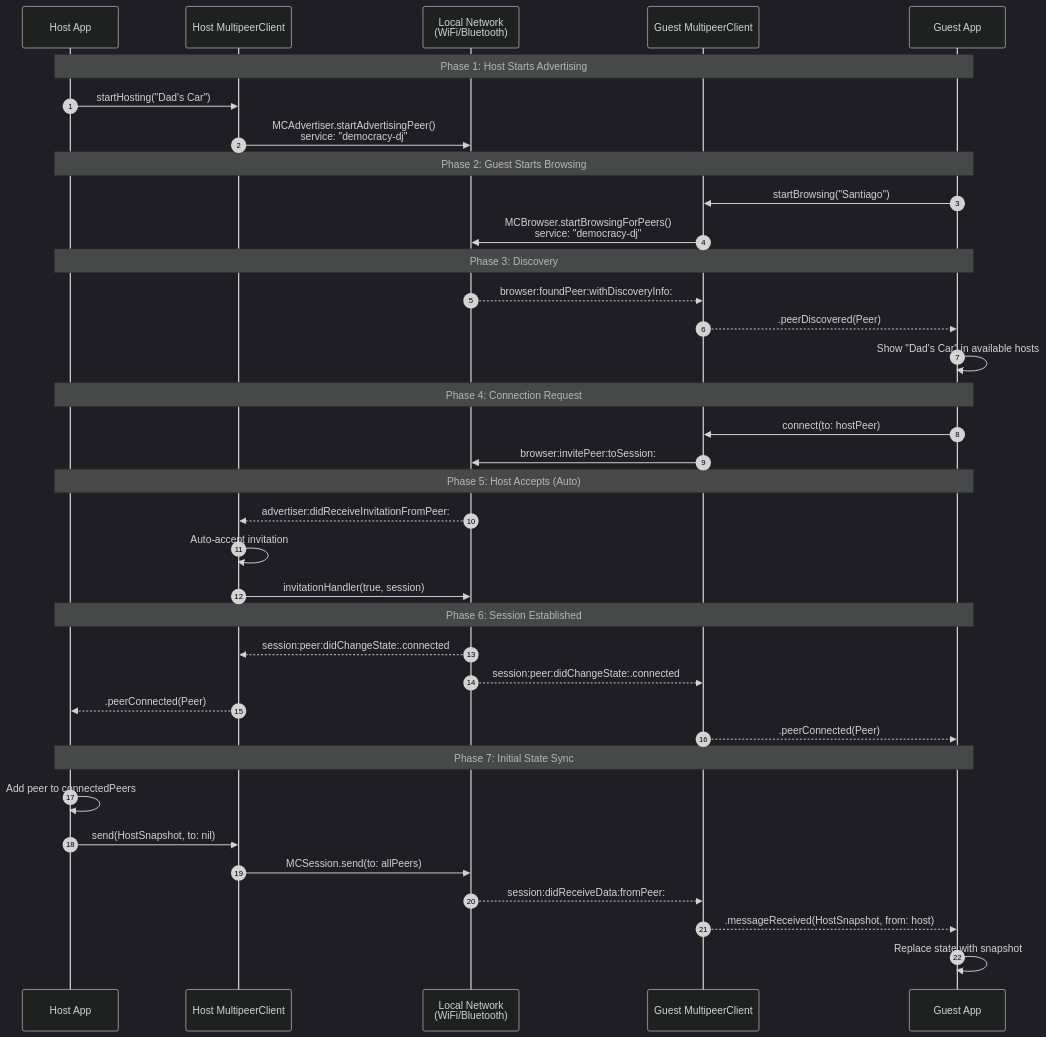
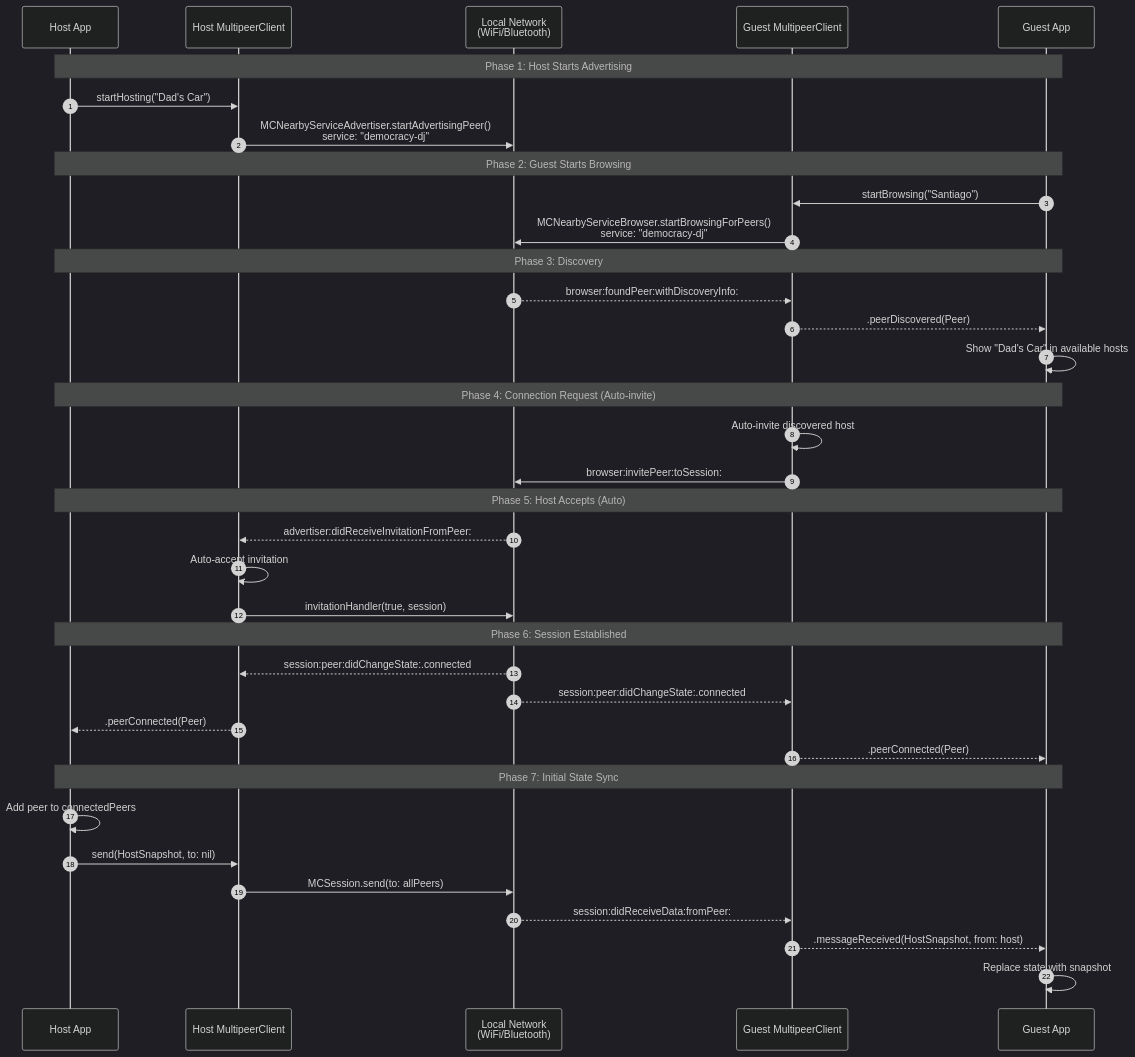
Before and after one commit to JeffESchmitz/DemocracyDJ: the diagram in docs/diagrams/discovery-connection-flow.mmd, drawn with Mermaid (dark theme). The commit also changed 9 other files, not shown here.

Commit message:
docs: update multipeer diagrams

```diff
--- a/docs/diagrams/discovery-connection-flow.mmd
+++ b/docs/diagrams/discovery-connection-flow.mmd
@@ -1,51 +1,51 @@
 sequenceDiagram
     autonumber
     participant HostApp as Host App
     participant HostMC as Host MultipeerClient
     participant Network as Local Network<br/>(WiFi/Bluetooth)
     participant GuestMC as Guest MultipeerClient
     participant GuestApp as Guest App
 
     Note over HostApp,GuestApp: Phase 1: Host Starts Advertising
 
     HostApp->>HostMC: startHosting("Dad's Car")
-    HostMC->>Network: MCAdvertiser.startAdvertisingPeer()<br/>service: "democracy-dj"
+    HostMC->>Network: MCNearbyServiceAdvertiser.startAdvertisingPeer()<br/>service: "democracy-dj"
 
     Note over HostApp,GuestApp: Phase 2: Guest Starts Browsing
 
     GuestApp->>GuestMC: startBrowsing("Santiago")
-    GuestMC->>Network: MCBrowser.startBrowsingForPeers()<br/>service: "democracy-dj"
+    GuestMC->>Network: MCNearbyServiceBrowser.startBrowsingForPeers()<br/>service: "democracy-dj"
 
     Note over HostApp,GuestApp: Phase 3: Discovery
 
     Network-->>GuestMC: browser:foundPeer:withDiscoveryInfo:
     GuestMC-->>GuestApp: .peerDiscovered(Peer)
     GuestApp->>GuestApp: Show "Dad's Car" in available hosts
 
-    Note over HostApp,GuestApp: Phase 4: Connection Request
+    Note over HostApp,GuestApp: Phase 4: Connection Request (Auto-invite)
 
-    GuestApp->>GuestMC: connect(to: hostPeer)
+    GuestMC->>GuestMC: Auto-invite discovered host
     GuestMC->>Network: browser:invitePeer:toSession:
 
     Note over HostApp,GuestApp: Phase 5: Host Accepts (Auto)
 
     Network-->>HostMC: advertiser:didReceiveInvitationFromPeer:
     HostMC->>HostMC: Auto-accept invitation
     HostMC->>Network: invitationHandler(true, session)
 
     Note over HostApp,GuestApp: Phase 6: Session Established
 
     Network-->>HostMC: session:peer:didChangeState:.connected
     Network-->>GuestMC: session:peer:didChangeState:.connected
 
     HostMC-->>HostApp: .peerConnected(Peer)
     GuestMC-->>GuestApp: .peerConnected(Peer)
 
     Note over HostApp,GuestApp: Phase 7: Initial State Sync
 
     HostApp->>HostApp: Add peer to connectedPeers
     HostApp->>HostMC: send(HostSnapshot, to: nil)
     HostMC->>Network: MCSession.send(to: allPeers)
     Network-->>GuestMC: session:didReceiveData:fromPeer:
     GuestMC-->>GuestApp: .messageReceived(HostSnapshot, from: host)
     GuestApp->>GuestApp: Replace state with snapshot
```
